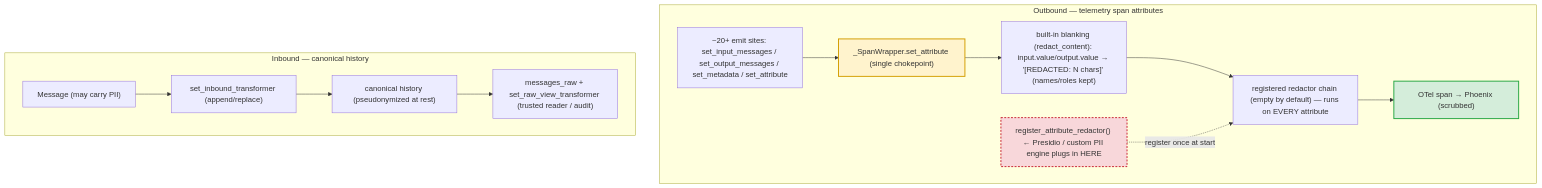
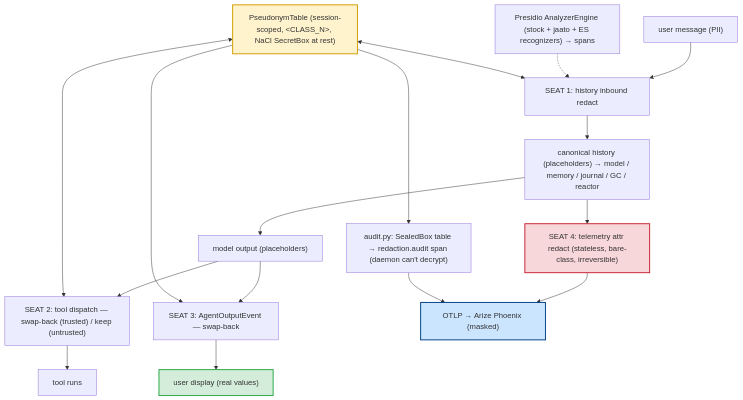
Before and after one commit to Jaato-framework-and-examples/the_Jaato_Arch_visualization: the diagram in components/18-redaction.md, drawn with Mermaid. The commit also changed other lines of this file and 4 other files, not shown here.

````diff
--- a/components/18-redaction.md
+++ b/components/18-redaction.md
@@ -68,27 +79,34 @@
 ```mermaid
 flowchart TD
-    subgraph OUT["Outbound — telemetry span attributes"]
-        callers["~20+ emit sites: set_input_messages / set_output_messages / set_metadata / set_attribute"]
-        choke["_SpanWrapper.set_attribute (single chokepoint)"]
-        builtin["built-in blanking (redact_content): input.value/output.value → '[REDACTED: N chars]' (names/roles kept)"]
-        chain["registered redactor chain (empty by default) — runs on EVERY attribute"]
-        ext["register_attribute_redactor() ← Presidio / custom PII engine plugs in HERE"]
-        span["OTel span → Phoenix (scrubbed)"]
-    end
+    presidio["Presidio AnalyzerEngine (stock + jaato + ES recognizers) → spans"]
+    table["PseudonymTable (session-scoped, &lt;CLASS_N&gt;, NaCl SecretBox at rest)"]
 
-    subgraph IN["Inbound — canonical history"]
-        msg["Message (may carry PII)"]
-        inb["set_inbound_transformer (append/replace)"]
-        canon["canonical history (pseudonymized at rest)"]
-        rawv["messages_raw + set_raw_view_transformer (trusted reader / audit)"]
-    end
+    user["user message (PII)"]
+    s1["SEAT 1: history inbound redact"]
+    hist["canonical history (placeholders) → model / memory / journal / GC / reactor"]
 
-    callers --> choke --> builtin --> chain --> span
-    ext -.->|"register once at start"| chain
-    msg --> inb --> canon
-    canon --> rawv
+    model["model output (placeholders)"]
+    s2["SEAT 2: tool dispatch — swap-back (trusted) / keep (untrusted)"]
+    tool["tool runs"]
+    s3["SEAT 3: AgentOutputEvent — swap-back"]
+    disp["user display (real values)"]
 
-    style choke fill:#fff3cd,stroke:#d39e00,stroke-width:2px
-    style ext fill:#f8d7da,stroke:#c82333,stroke-width:2px,stroke-dasharray:4 3
-    style span fill:#d4edda,stroke:#28a745,stroke-width:2px
+    s4["SEAT 4: telemetry attr redact (stateless, bare-class, irreversible)"]
+    otlp["OTLP → Arize Phoenix (masked)"]
+    audit["audit.py: SealedBox table → redaction.audit span (daemon can't decrypt)"]
+
+    user --> s1 --> hist --> model
+    presidio -.-> s1
+    table <--> s1
+    model --> s2 --> tool
+    model --> s3 --> disp
+    table <--> s2
+    table --> s3
+    hist --> s4 --> otlp
+    table --> audit --> otlp
+
+    style table fill:#fff3cd,stroke:#d39e00,stroke-width:2px
+    style s4 fill:#f8d7da,stroke:#c82333,stroke-width:2px
+    style disp fill:#d4edda,stroke:#28a745,stroke-width:2px
+    style otlp fill:#cce5ff,stroke:#004085,stroke-width:2px
 ```
````
